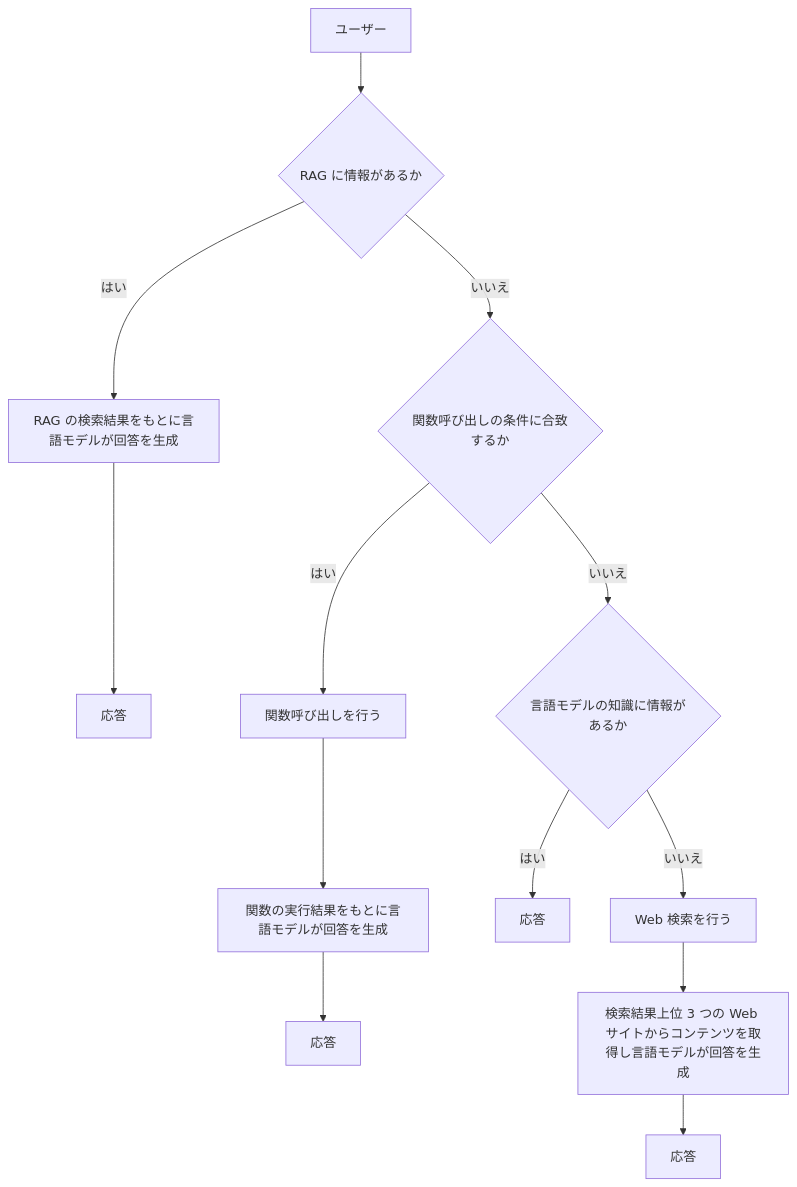
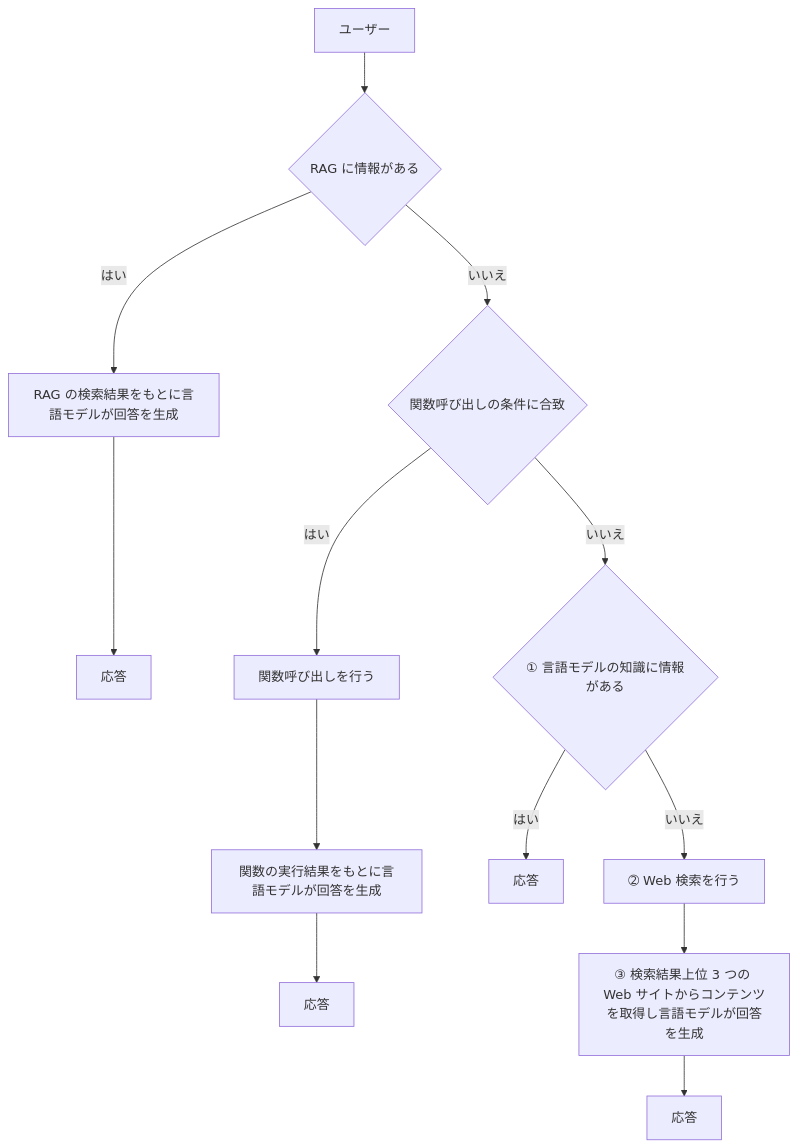
The diagram in Ex03-op-1.md (osamum/AOAI-first-step-for-Developer), drawn with Mermaid before and after one commit.

Commit message:
add Ex03-op1

````diff
--- a/Ex03-op-1.md
+++ b/Ex03-op-1.md
@@ -9,15 +9,15 @@
 ```mermaid
 graph TD
-    A[ユーザー] --> B{RAG に情報があるか}
+    A[ユーザー] --> B{RAG に情報がある}
     B -- はい --> C[RAG の検索結果をもとに言語モデルが回答を生成]
     C --> D[応答]
-    B -- いいえ --> E{関数呼び出しの条件に合致するか}
+    B -- いいえ --> E{関数呼び出しの条件に合致}
     E -- はい --> F[関数呼び出しを行う]
     F --> G[関数の実行結果をもとに言語モデルが回答を生成]
     G --> H[応答]
-    E -- いいえ --> I{言語モデルの知識に情報があるか}
+    E -- いいえ --> I{① 言語モデルの知識に情報がある}
     I -- はい --> J[応答]
-    I -- いいえ --> K[Web 検索を行う]
-    K --> L[検索結果上位 3 つの Web サイトからコンテンツを取得し言語モデルが回答を生成]
+    I -- いいえ --> K[➁ Web 検索を行う]
+    K --> L[③ 検索結果上位 3 つの Web サイトからコンテンツを取得し言語モデルが回答を生成]
     L --> M[応答]
 ```
````
